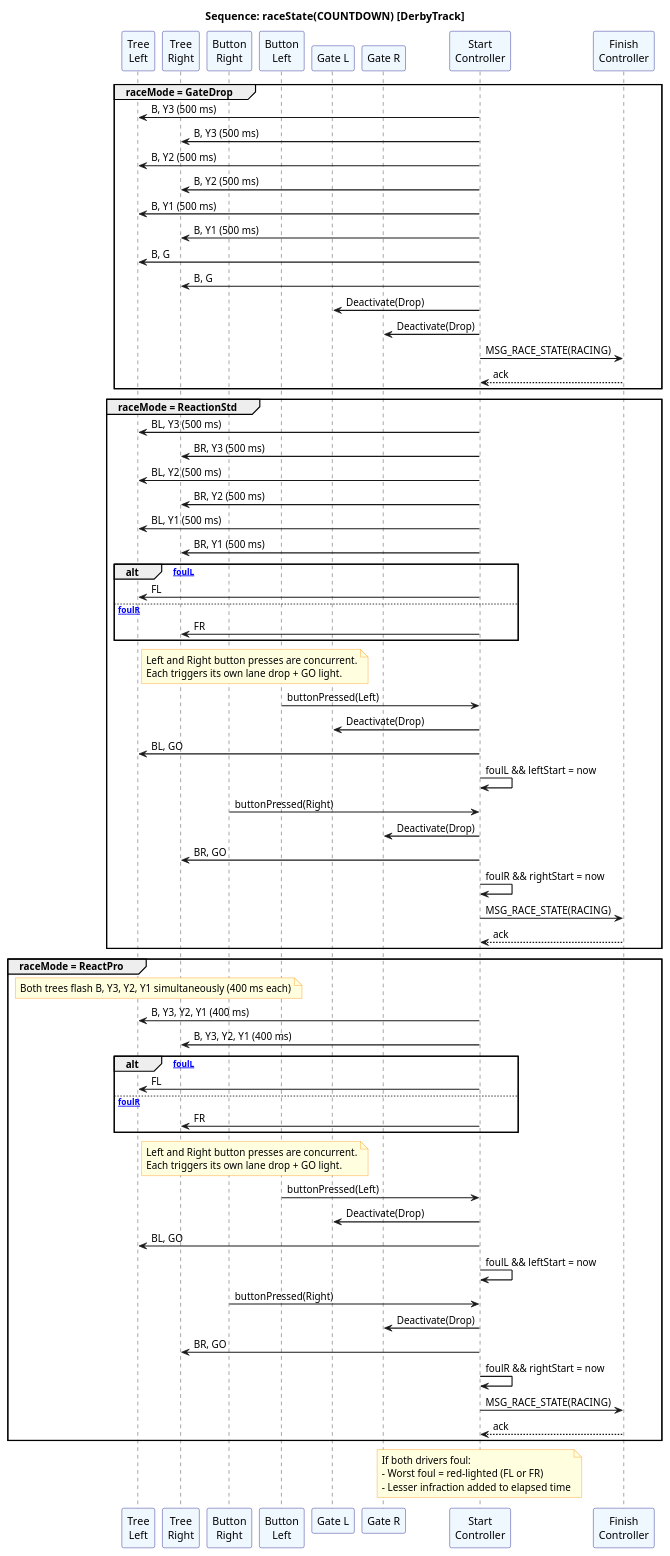
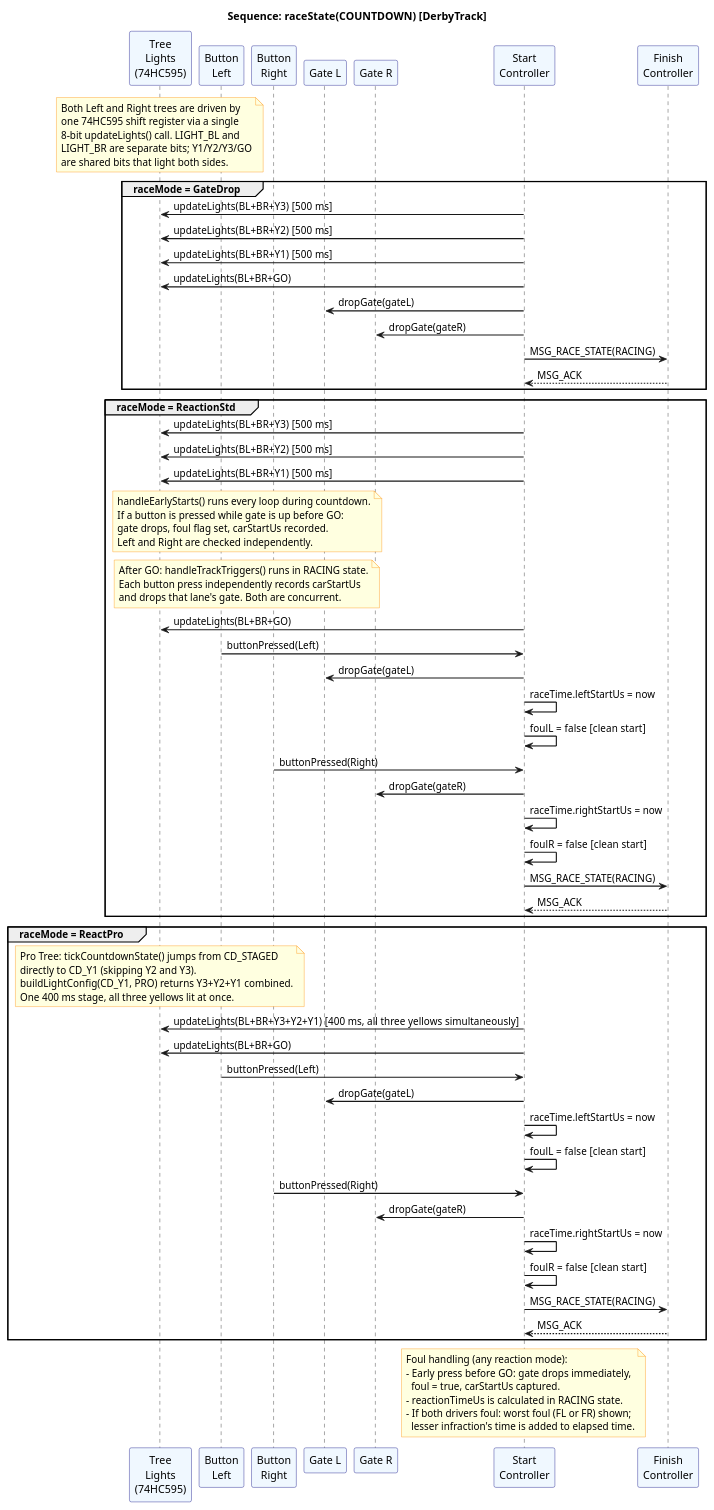
The diagram in docs/PlantUML/seq_countdown.puml (dgschaaf/DerbyTimer), drawn with PlantUML before and after one commit. The commit also changed 11 other files, not shown here.

Commit message:
Updated plantUML diagrams and added drawio for architecture description that is text-based and claude-editable.

```diff
--- a/docs/PlantUML/seq_countdown.puml
+++ b/docs/PlantUML/seq_countdown.puml
@@ -1,121 +1,124 @@
 @startuml seq_raceState_COUNTDOWN
 skinparam sequenceArrowThickness 1.5
 skinparam sequenceParticipantBorderColor Navy
 skinparam sequenceParticipantBackgroundColor AliceBlue
 skinparam noteBackgroundColor LightYellow
 skinparam noteBorderColor DarkOrange
 skinparam sequenceGroupBorderThickness 1.5
 
 title Sequence: raceState(COUNTDOWN) [DerbyTrack]
 
 ' ============================================================
-' PARTICIPANTS — match original diagram left-to-right order
+' PARTICIPANTS
 ' ============================================================
-participant "Tree\nLeft"         as TL
-participant "Tree\nRight"        as TR
+participant "Tree\nLights\n(74HC595)" as TREE
+participant "Button\nLeft"       as BL_BTN
 participant "Button\nRight"      as BR_BTN
-participant "Button\nLeft"       as BL_BTN
 participant "Gate L"             as GL
 participant "Gate R"             as GR
 participant "Start\nController"  as SC
 participant "Finish\nController" as FC
 
+note over TREE
+  Both Left and Right trees are driven by
+  one 74HC595 shift register via a single
+  8-bit updateLights() call. LIGHT_BL and
+  LIGHT_BR are separate bits; Y1/Y2/Y3/GO
+  are shared bits that light both sides.
+end note
+
 ' ============================================================
-' MODE: GATEDROP — synchronized countdown, auto gate drop
+' MODE: GATEDROP
+' Standard countdown, gates drop automatically at GO.
 ' ============================================================
 group raceMode = GateDrop
-  SC -> TL : B, Y3 (500 ms)
-  SC -> TR : B, Y3 (500 ms)
-  SC -> TL : B, Y2 (500 ms)
-  SC -> TR : B, Y2 (500 ms)
-  SC -> TL : B, Y1 (500 ms)
-  SC -> TR : B, Y1 (500 ms)
-  SC -> TL : B, G
-  SC -> TR : B, G
-  SC -> GL : Deactivate(Drop)
-  SC -> GR : Deactivate(Drop)
-  SC -> FC : MSG_RACE_STATE(RACING)
-  FC --> SC : ack
+  SC -> TREE : updateLights(BL+BR+Y3)  [500 ms]
+  SC -> TREE : updateLights(BL+BR+Y2)  [500 ms]
+  SC -> TREE : updateLights(BL+BR+Y1)  [500 ms]
+  SC -> TREE : updateLights(BL+BR+GO)
+  SC -> GL   : dropGate(gateL)
+  SC -> GR   : dropGate(gateR)
+  SC -> FC   : MSG_RACE_STATE(RACING)
+  FC --> SC  : MSG_ACK
 end
 
 ' ============================================================
-' MODE: REACTION STD — staggered trees, button-triggered drop
-' Note: Left/Right tree updates are concurrent per step
+' MODE: REACTION STD
+' 500 ms stages. Drivers hold buttons; each release drops
+' their lane's gate and starts their reaction timer.
+' Both buttons are monitored concurrently every loop().
 ' ============================================================
 group raceMode = ReactionStd
-  SC -> TL : BL, Y3 (500 ms)
-  SC -> TR : BR, Y3 (500 ms)
-  SC -> TL : BL, Y2 (500 ms)
-  SC -> TR : BR, Y2 (500 ms)
-  SC -> TL : BL, Y1 (500 ms)
-  SC -> TR : BR, Y1 (500 ms)
-
-  alt [foulL]
-    SC -> TL : FL
-  else [foulR]
-    SC -> TR : FR
-  end
+  SC -> TREE : updateLights(BL+BR+Y3)  [500 ms]
+  SC -> TREE : updateLights(BL+BR+Y2)  [500 ms]
+  SC -> TREE : updateLights(BL+BR+Y1)  [500 ms]
 
   note over BL_BTN, BR_BTN
-    Left and Right button presses are concurrent.
-    Each triggers its own lane drop + GO light.
+    handleEarlyStarts() runs every loop during countdown.
+    If a button is pressed while gate is up before GO:
+    gate drops, foul flag set, carStartUs recorded.
+    Left and Right are checked independently.
   end note
 
+  note over BL_BTN, BR_BTN
+    After GO: handleTrackTriggers() runs in RACING state.
+    Each button press independently records carStartUs
+    and drops that lane's gate. Both are concurrent.
+  end note
+
+  SC -> TREE : updateLights(BL+BR+GO)
+
   BL_BTN -> SC : buttonPressed(Left)
-  SC -> GL     : Deactivate(Drop)
-  SC -> TL     : BL, GO
-  SC -> SC     : foulL && leftStart = now
+  SC -> GL     : dropGate(gateL)
+  SC -> SC     : raceTime.leftStartUs = now
+  SC -> SC     : foulL = false  [clean start]
 
   BR_BTN -> SC : buttonPressed(Right)
-  SC -> GR     : Deactivate(Drop)
-  SC -> TR     : BR, GO
-  SC -> SC     : foulR && rightStart = now
+  SC -> GR     : dropGate(gateR)
+  SC -> SC     : raceTime.rightStartUs = now
+  SC -> SC     : foulR = false  [clean start]
 
   SC -> FC : MSG_RACE_STATE(RACING)
-  FC --> SC : ack
+  FC --> SC : MSG_ACK
 end
 
 ' ============================================================
-' MODE: REACTION PRO — rapid flash, button-triggered drop
-' Note: Both tree flash sequences fire concurrently
+' MODE: REACTION PRO
+' Single 400 ms stage: all three yellows light simultaneously.
+' Gate drop behavior identical to ReactionStd after GO.
 ' ============================================================
 group raceMode = ReactPro
-  note over TL, TR
-    Both trees flash B, Y3, Y2, Y1 simultaneously (400 ms each)
+  note over TREE
+    Pro Tree: tickCountdownState() jumps from CD_STAGED
+    directly to CD_Y1 (skipping Y2 and Y3).
+    buildLightConfig(CD_Y1, PRO) returns Y3+Y2+Y1 combined.
+    One 400 ms stage, all three yellows lit at once.
   end note
 
-  SC -> TL : B, Y3, Y2, Y1 (400 ms)
-  SC -> TR : B, Y3, Y2, Y1 (400 ms)
-
-  alt [foulL]
-    SC -> TL : FL
-  else [foulR]
-    SC -> TR : FR
-  end
-
-  note over BL_BTN, BR_BTN
-    Left and Right button presses are concurrent.
-    Each triggers its own lane drop + GO light.
-  end note
+  SC -> TREE : updateLights(BL+BR+Y3+Y2+Y1)  [400 ms, all three yellows simultaneously]
+  SC -> TREE : updateLights(BL+BR+GO)
 
   BL_BTN -> SC : buttonPressed(Left)
-  SC -> GL     : Deactivate(Drop)
-  SC -> TL     : BL, GO
-  SC -> SC     : foulL && leftStart = now
+  SC -> GL     : dropGate(gateL)
+  SC -> SC     : raceTime.leftStartUs = now
+  SC -> SC     : foulL = false  [clean start]
 
   BR_BTN -> SC : buttonPressed(Right)
-  SC -> GR     : Deactivate(Drop)
-  SC -> TR     : BR, GO
-  SC -> SC     : foulR && rightStart = now
+  SC -> GR     : dropGate(gateR)
+  SC -> SC     : raceTime.rightStartUs = now
+  SC -> SC     : foulR = false  [clean start]
 
   SC -> FC : MSG_RACE_STATE(RACING)
-  FC --> SC : ack
+  FC --> SC : MSG_ACK
 end
 
 note over SC
-  If both drivers foul:
-  - Worst foul = red-lighted (FL or FR)
-  - Lesser infraction added to elapsed time
+  Foul handling (any reaction mode):
+  - Early press before GO: gate drops immediately,
+    foul = true, carStartUs captured.
+  - reactionTimeUs is calculated in RACING state.
+  - If both drivers foul: worst foul (FL or FR) shown;
+    lesser infraction's time is added to elapsed time.
 end note
 
 @enduml
```
